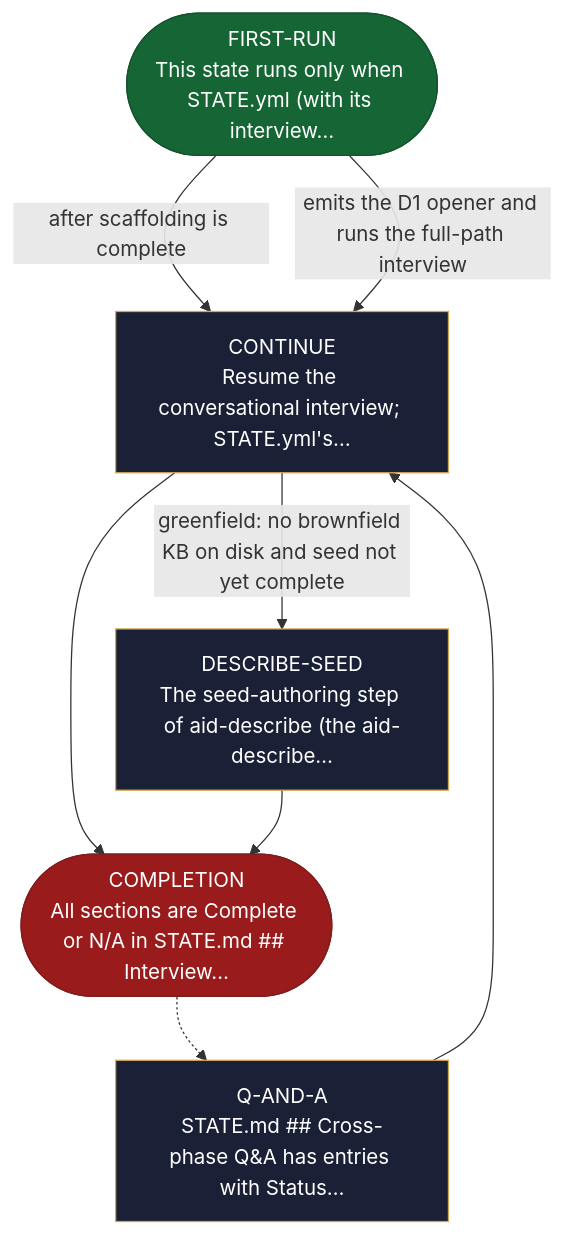
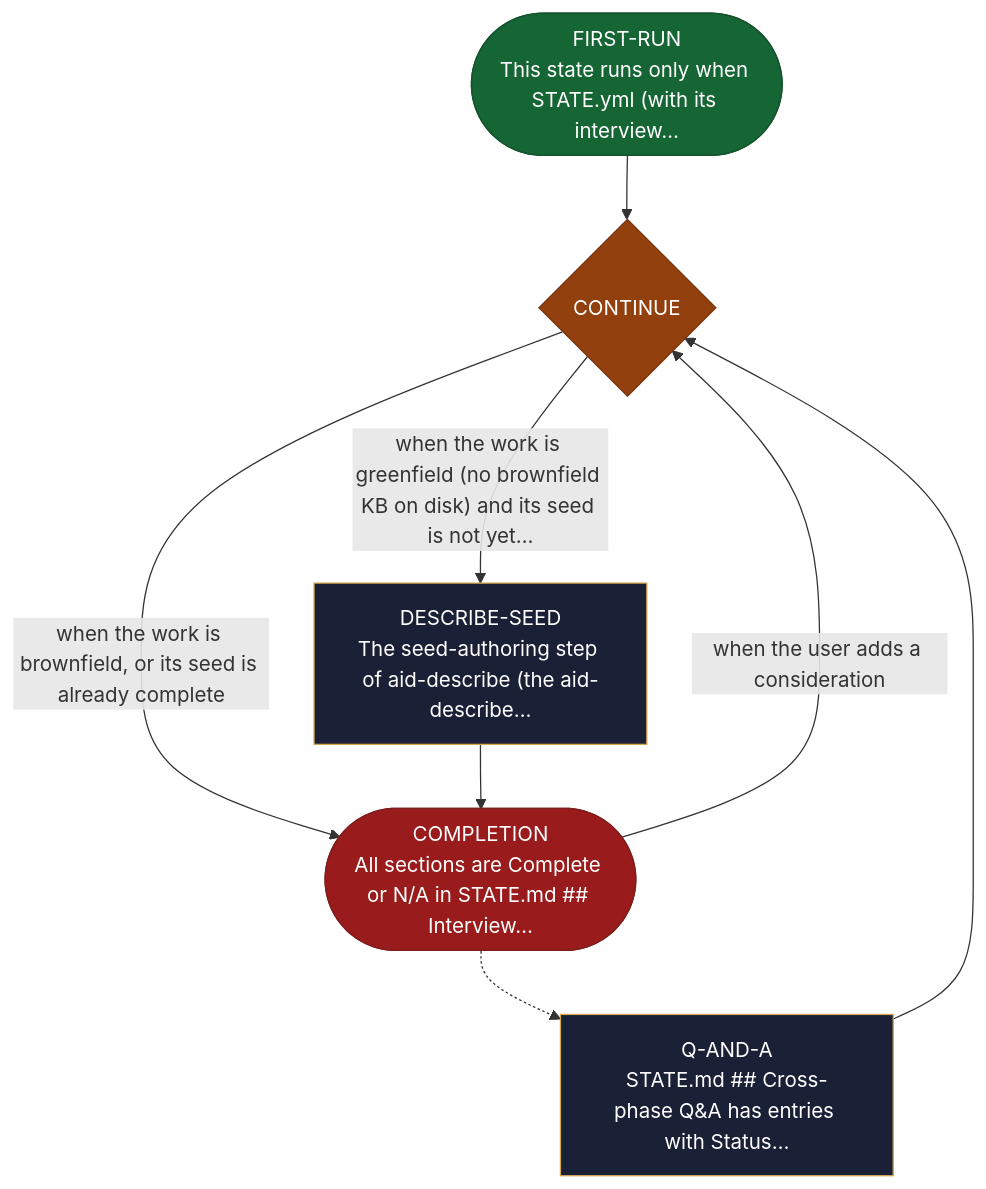
One commit to AndreVianna/aid-methodology changed the diagram in site/src/content/docs/skills/aid-describe.md. Above: the diagram before and after it, drawn with Mermaid. The commit also changed other lines of this file and 258 other files, not shown here.

````diff
--- a/site/src/content/docs/skills/aid-describe.md
+++ b/site/src/content/docs/skills/aid-describe.md
@@ -20,31 +20,31 @@
 ```mermaid
 flowchart TB
   classDef aidNode color:#fff
   classDef aidEntry fill:#166534,stroke:#14532d,color:#fff
   classDef aidExit fill:#991b1b,stroke:#7f1d1d,color:#fff
   classDef aidDecision fill:#92400e,stroke:#78350f,color:#fff
   classDef aidLoopBack fill:#1e3a8a,stroke:#1e3a8a,color:#fff
   classDef aidStep fill:#1a2035,stroke:#d4a853,color:#f1f5f9
   n1(["FIRST-RUN<br/>This state runs only when STATE.yml (with its interview…"])
   n2["Q-AND-A<br/>STATE.md ## Cross-phase Q&amp;A has entries with Status…"]
-  n3["CONTINUE<br/>Resume the conversational interview; STATE.yml's…"]
+  n3{"CONTINUE"}
   n4["DESCRIBE-SEED<br/>The seed-authoring step of aid-describe (the aid-describe…"]
   n5(["COMPLETION<br/>All sections are Complete or N/A in STATE.md ## Interview…"])
-  n1 -->|"after scaffolding is complete"| n3
-  n1 -->|"emits the D1 opener and runs the full-path interview"| n3
+  n1 --> n3
   n2 --> n3
-  n3 -->|"greenfield: no brownfield KB on disk and seed not yet complete"| n4
-  n3 --> n5
+  n3 -->|"when the work is greenfield (no brownfield KB on disk) and its seed is not yet…"| n4
+  n3 -->|"when the work is brownfield, or its seed is already complete"| n5
   n4 --> n5
   n5 -.-> n2
+  n5 -->|"when the user adds a consideration"| n3
   class n1 aidEntry
   class n2 aidStep
-  class n3 aidStep
+  class n3 aidDecision
   class n4 aidStep
   class n5 aidExit
   class n1 aidNode
   class n2 aidNode
   class n3 aidNode
   class n4 aidNode
   class n5 aidNode
 ```
````
